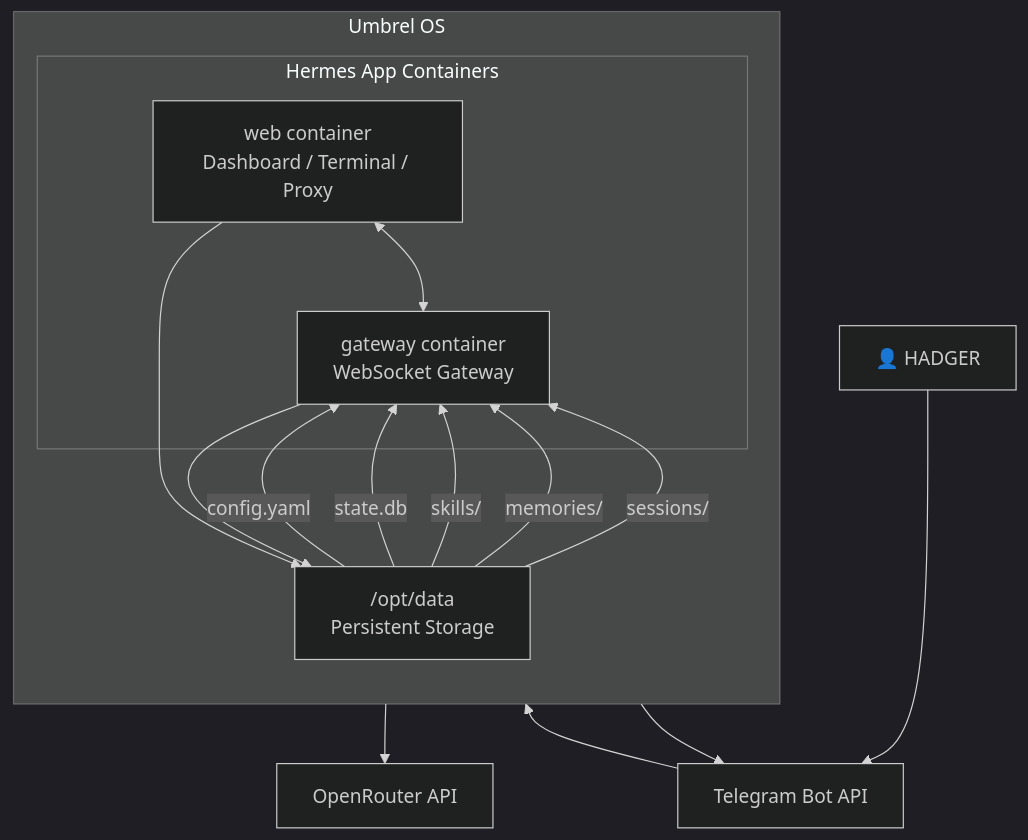
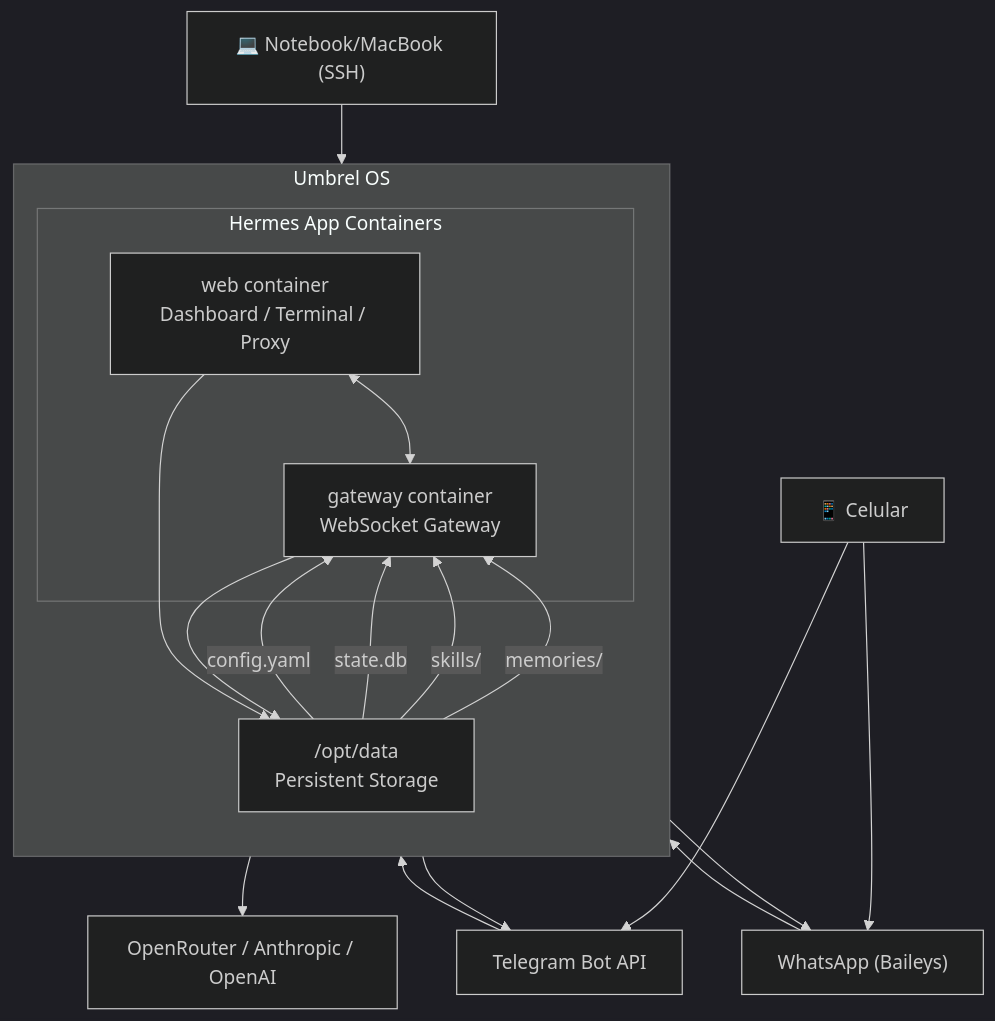
Before and after one commit to EmanuelXBT/hermes-agent-umbrel: the diagram in assets/diagrams/arquitetura.md, drawn with Mermaid (dark theme). The commit also changed other lines of this file and 9 other files, not shown here.

````diff
--- a/assets/diagrams/arquitetura.md
+++ b/assets/diagrams/arquitetura.md
@@ -1,30 +6,35 @@
 ```mermaid
 flowchart TB
     subgraph Umbrel["Umbrel OS"]
         direction TB
         
         subgraph Containers["Hermes App Containers"]
             WEB["web container<br/>Dashboard / Terminal / Proxy"]
             GW["gateway container<br/>WebSocket Gateway"]
             WEB <--> GW
         end
         
         DATA["/opt/data<br/>Persistent Storage"]
         WEB --> DATA
         GW --> DATA
     end
     
     TELEGRAM["Telegram Bot API"]
-    OPENROUTER["OpenRouter API"]
+    WHATSAPP["WhatsApp (Baileys)"]
+    OPENROUTER["OpenRouter / Anthropic / OpenAI"]
     
-    USER["👤 HADGER"] --> TELEGRAM
+    USER_PHONE["📱 Celular"] --> TELEGRAM
+    USER_PHONE --> WHATSAPP
+    USER_LAPTOP["💻 Notebook/MacBook (SSH)"] --> GW
+    
     TELEGRAM --> GW
+    WHATSAPP --> GW
     GW --> OPENROUTER
     GW --> TELEGRAM
+    GW --> WHATSAPP
     
     DATA -->|"config.yaml"| GW
     DATA -->|"state.db"| GW
     DATA -->|"skills/"| GW
     DATA -->|"memories/"| GW
-    DATA -->|"sessions/"| GW
 ```
````
